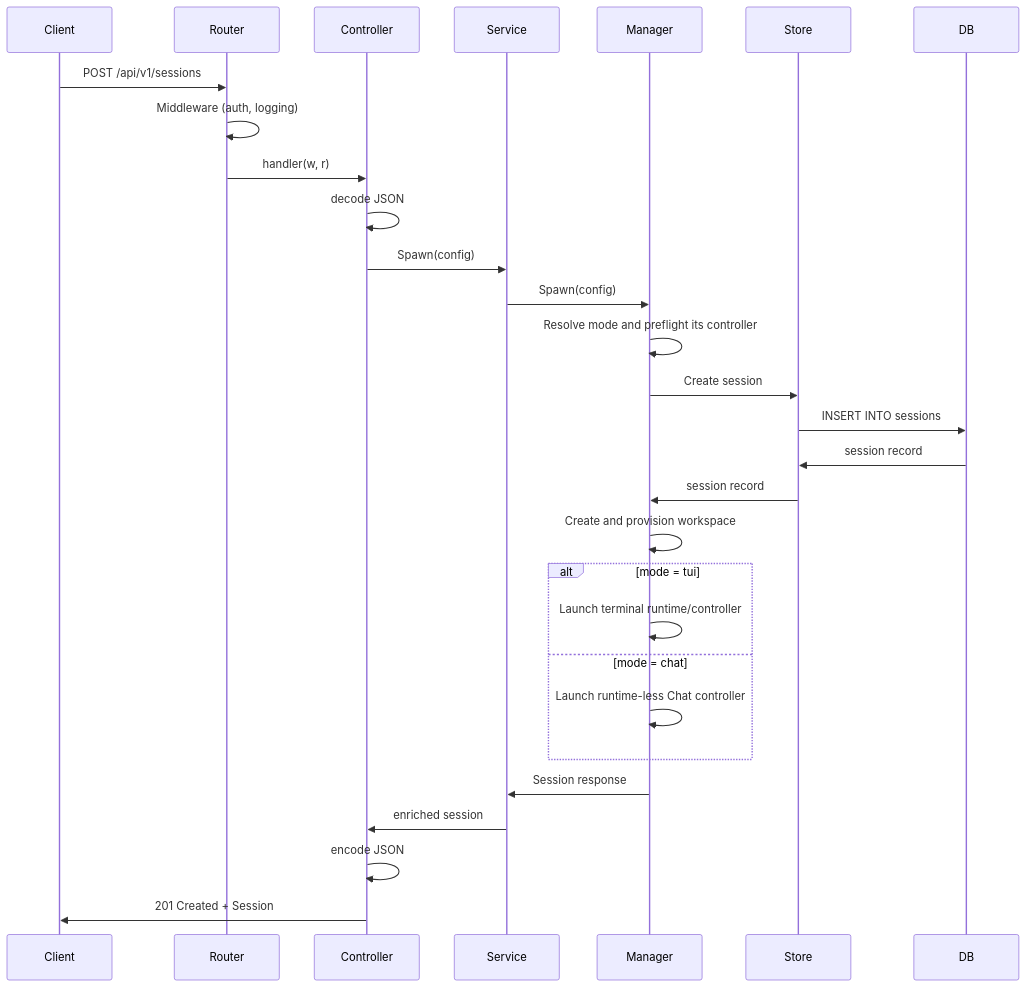
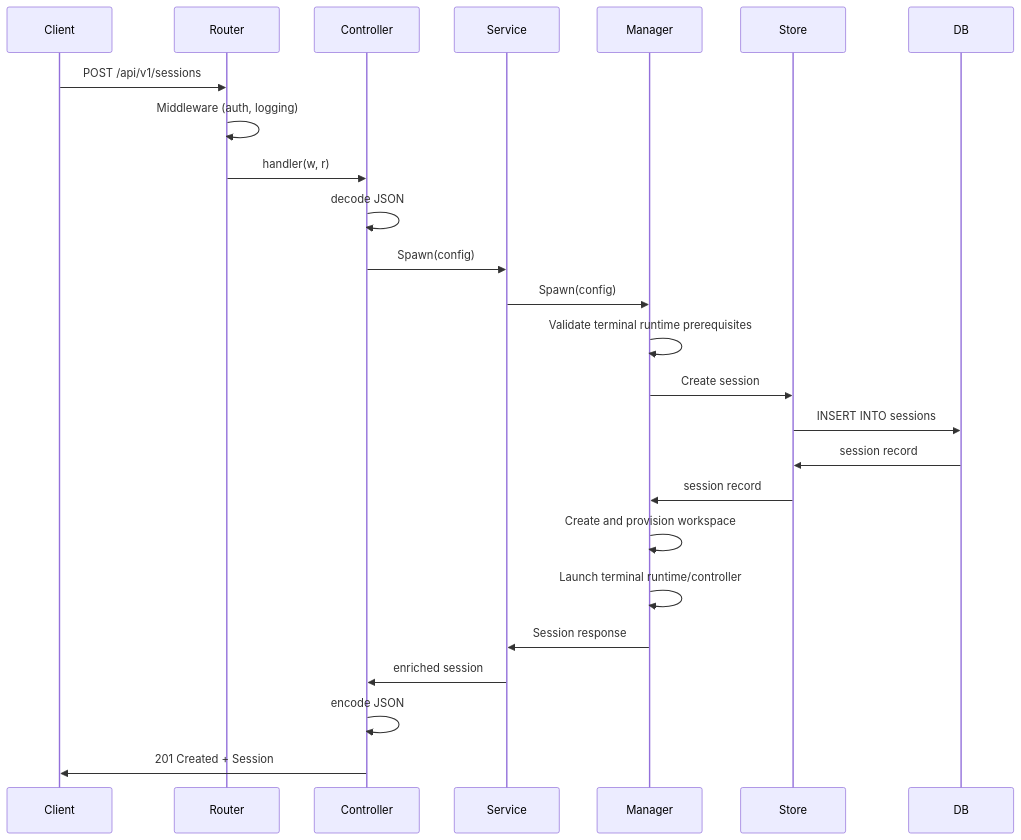
Before and after one commit to OmarAly92/Operator: diagram 21 of 23 in docs/architecture.md, drawn with Mermaid. The commit also changed other lines of this file and 38 other files, not shown here.

````diff
--- a/docs/architecture.md
+++ b/docs/architecture.md
@@ -814,32 +783,28 @@
 ```mermaid
 sequenceDiagram
     participant Client
     participant Router
     participant Controller
     participant Service
     participant Manager
     participant Store
     participant DB
 
     Client->>Router: POST /api/v1/sessions
     Router->>Router: Middleware (auth, logging)
     Router->>Controller: handler(w, r)
     Controller->>Controller: decode JSON
     Controller->>Service: Spawn(config)
     Service->>Manager: Spawn(config)
-    Manager->>Manager: Resolve mode and preflight its controller
+    Manager->>Manager: Validate terminal runtime prerequisites
     Manager->>Store: Create session
     Store->>DB: INSERT INTO sessions
     DB->>Store: session record
     Store->>Manager: session record
     Manager->>Manager: Create and provision workspace
-    alt mode = tui
-        Manager->>Manager: Launch terminal runtime/controller
-    else mode = chat
-        Manager->>Manager: Launch runtime-less Chat controller
-    end
+    Manager->>Manager: Launch terminal runtime/controller
     Manager->>Service: Session response
     Service->>Controller: enriched session
     Controller->>Controller: encode JSON
     Controller->>Client: 201 Created + Session
 ```
````
